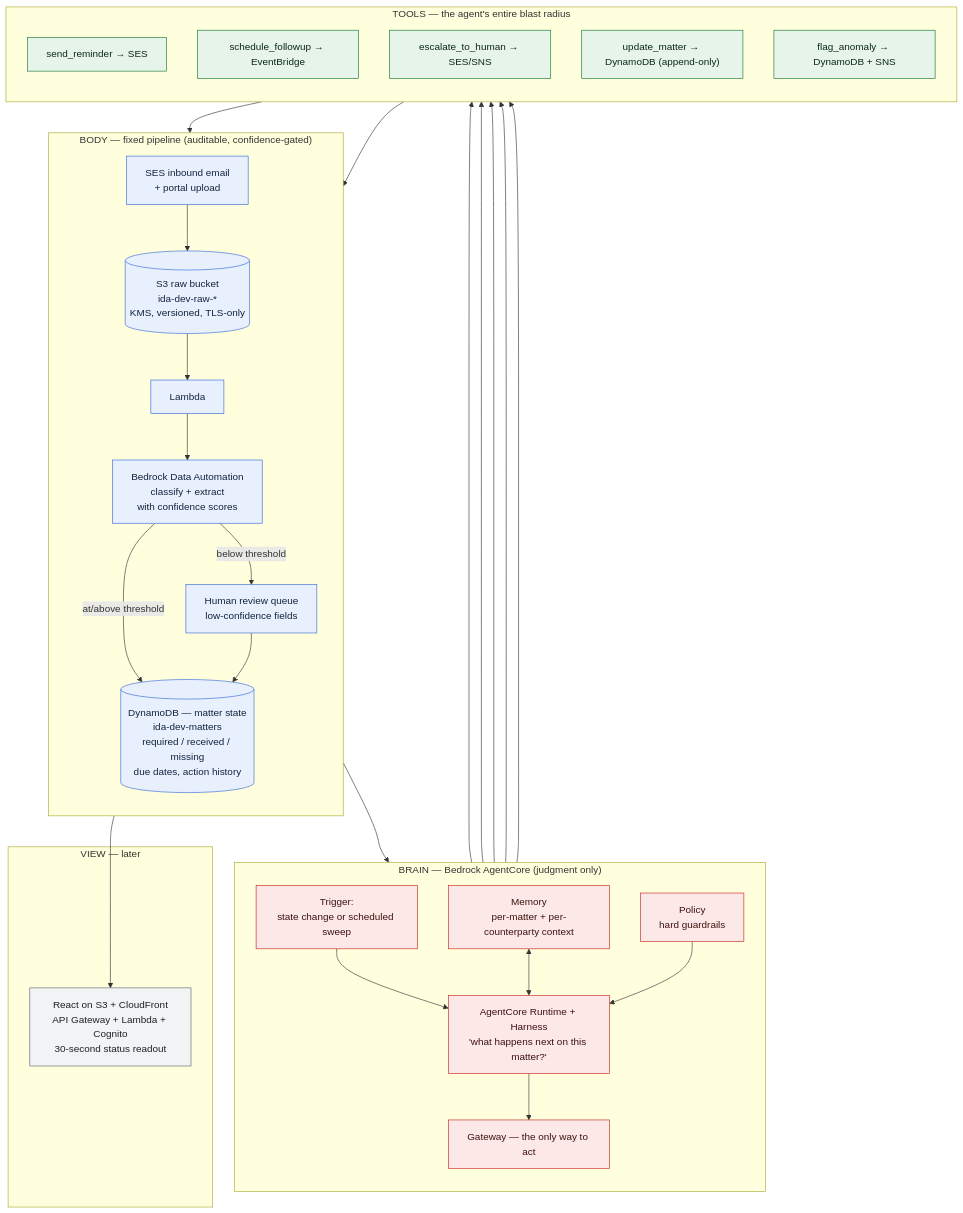
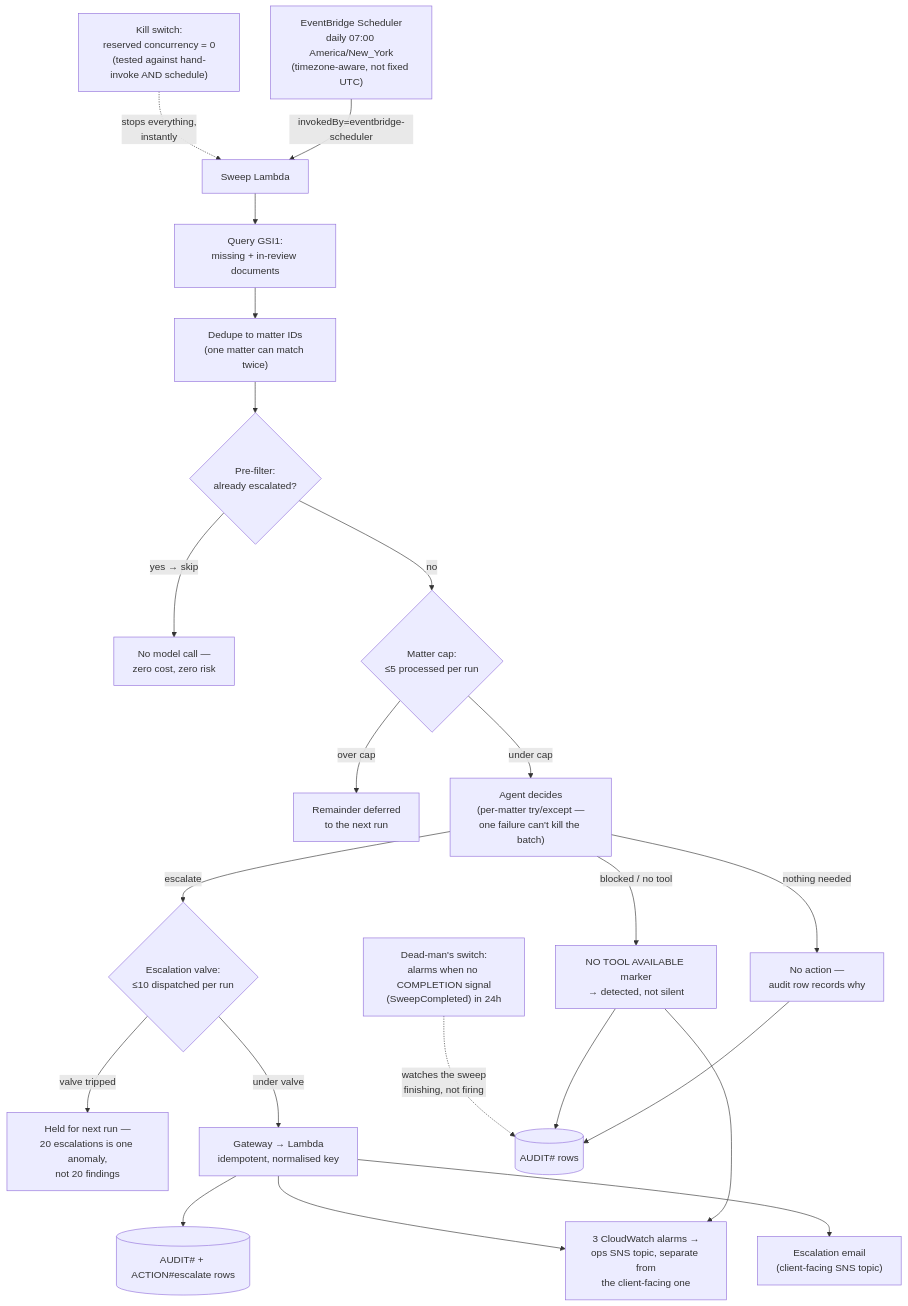
The second of 3 diagrams in docs/architecture.md (colinfehlinger/insurance-doc-agent), drawn with Mermaid before and after one commit. The commit also changed other lines of this file and 2 other files, not shown here.

First paragraph of the commit message:
docs: add DEMO.md, corrected architecture diagrams, portfolio README opening
Adds a walkthrough of the system working on real infrastructure, replaces the
stale Step-1 architecture diagram, and rewrites the README opening for an
external reader.

````diff
--- a/docs/architecture.md
+++ b/docs/architecture.md
@@ -41,59 +81,27 @@
 ```mermaid
 flowchart TB
-    subgraph body["BODY — fixed pipeline (auditable, confidence-gated)"]
-        direction TB
-        email["SES inbound email<br/>+ portal upload"]
-        raw[("S3 raw bucket<br/>ida-dev-raw-*<br/>KMS, versioned, TLS-only")]
-        ext["Lambda"]
-        bda["Bedrock Data Automation<br/>classify + extract<br/>with confidence scores"]
-        review["Human review queue<br/>low-confidence fields"]
-        ddb[("DynamoDB — matter state<br/>ida-dev-matters<br/>required / received / missing<br/>due dates, action history")]
+    SCHED["EventBridge Scheduler<br/>daily 07:00 America/New_York<br/>(timezone-aware, not fixed UTC)"] -->|invokedBy=eventbridge-scheduler| SWEEP["Sweep Lambda"]
+    SWEEP --> Q["Query GSI1:<br/>missing + in-review documents"]
+    Q --> DEDUPE["Dedupe to matter IDs<br/>(one matter can match twice)"]
+    DEDUPE --> FILTER{"Pre-filter:<br/>already escalated?"}
+    FILTER -->|yes → skip| DONE1["No model call —<br/>zero cost, zero risk"]
+    FILTER -->|no| CAP{"Matter cap:<br/>≤5 processed per run"}
+    CAP -->|over cap| DEFER["Remainder deferred<br/>to the next run"]
+    CAP -->|under cap| AGENT["Agent decides<br/>(per-matter try/except —<br/>one failure can't kill the batch)"]
 
-        email --> raw --> ext --> bda
-        bda -->|"below threshold"| review
-        bda -->|"at/above threshold"| ddb
-        review --> ddb
-    end
+    AGENT -->|nothing needed| NOOP["No action —<br/>audit row records why"]
+    AGENT -->|blocked / no tool| SIGNAL["NO TOOL AVAILABLE marker<br/>→ detected, not silent"]
+    AGENT -->|escalate| VALVE{"Escalation valve:<br/>≤10 dispatched per run"}
+    VALVE -->|valve tripped| HOLD["Held for next run —<br/>20 escalations is one anomaly,<br/>not 20 findings"]
+    VALVE -->|under valve| DISPATCH["Gateway → Lambda<br/>idempotent, normalised key"]
 
-    subgraph brain["BRAIN — Bedrock AgentCore (judgment only)"]
-        direction TB
-        trigger["Trigger:<br/>state change or scheduled sweep"]
-        runtime["AgentCore Runtime + Harness<br/>'what happens next on this matter?'"]
-        mem["Memory<br/>per-matter + per-counterparty context"]
-        pol["Policy<br/>hard guardrails"]
-        gw["Gateway — the only way to act"]
+    NOOP --> ROW[("AUDIT# rows")]
+    SIGNAL --> ROW
+    DISPATCH --> ROW2[("AUDIT# + ACTION#escalate rows")]
+    DISPATCH --> MAIL["Escalation email<br/>(client-facing SNS topic)"]
+    SIGNAL --> ALARM["3 CloudWatch alarms →<br/>ops SNS topic, separate from<br/>the client-facing one"]
+    DISPATCH --> ALARM
 
-        trigger --> runtime
-        mem <--> runtime
-        pol --> runtime
-        runtime --> gw
-    end
-
-    subgraph tools["TOOLS — the agent's entire blast radius"]
-        direction TB
-        t1["send_reminder → SES"]
-        t2["schedule_followup → EventBridge"]
-        t3["escalate_to_human → SES/SNS"]
-        t4["update_matter → DynamoDB (append-only)"]
-        t5["flag_anomaly → DynamoDB + SNS"]
-    end
-
-    subgraph view["VIEW — later"]
-        ui["React on S3 + CloudFront<br/>API Gateway + Lambda + Cognito<br/>30-second status readout"]
-    end
-
-    ddb --> trigger
-    gw --> t1 & t2 & t3 & t4 & t5
-    t4 --> ddb
-    t5 --> ddb
-    ddb --> ui
-
-    classDef bodyStyle fill:#e8f0fe,stroke:#3367d6,color:#12243d
-    classDef brainStyle fill:#fce8e6,stroke:#c5221f,color:#3d1210
-    classDef toolStyle fill:#e6f4ea,stroke:#137333,color:#0d2818
-    classDef viewStyle fill:#f1f3f4,stroke:#5f6368,color:#202124
-    class email,raw,ext,bda,review,ddb bodyStyle
-    class trigger,runtime,mem,pol,gw brainStyle
-    class t1,t2,t3,t4,t5 toolStyle
-    class ui viewStyle
+    KILL["Kill switch:<br/>reserved concurrency = 0<br/>(tested against hand-invoke AND schedule)"] -.->|stops everything,<br/>instantly| SWEEP
+    DEADMAN["Dead-man's switch:<br/>alarms when no COMPLETION signal<br/>(SweepCompleted) in 24h"] -.->|watches the sweep<br/>finishing, not firing| ROW
 ```
````
